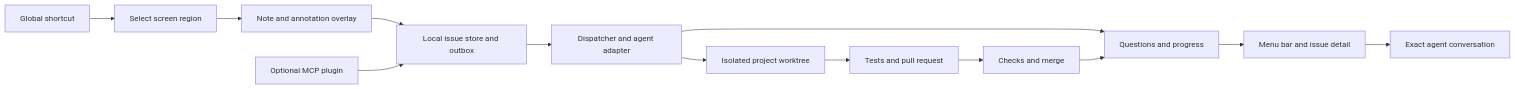
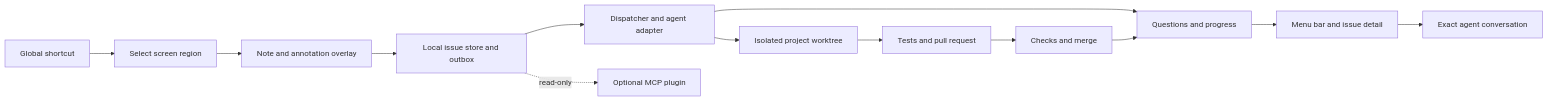
The diagram in docs/technical-design.md (lludo/ScreenClip), drawn with Mermaid before and after one commit. The commit also changed other lines of this file and 53 other files, not shown here.

````diff
--- a/docs/technical-design.md
+++ b/docs/technical-design.md
@@ -21,15 +21,15 @@
 ```mermaid
 flowchart LR
     A[Global shortcut] --> B[Select screen region]
     B --> C[Note and annotation overlay]
     C --> D[Local issue store and outbox]
     D --> E[Dispatcher and agent adapter]
     E --> F[Isolated project worktree]
     F --> G[Tests and pull request]
     G --> H[Checks and merge]
     E --> I[Questions and progress]
     H --> I
     I --> J[Menu bar and issue detail]
     J --> K[Exact agent conversation]
-    L[Optional MCP plugin] --> D
+    D -. read-only .-> L[Optional MCP plugin]
 ```
````
